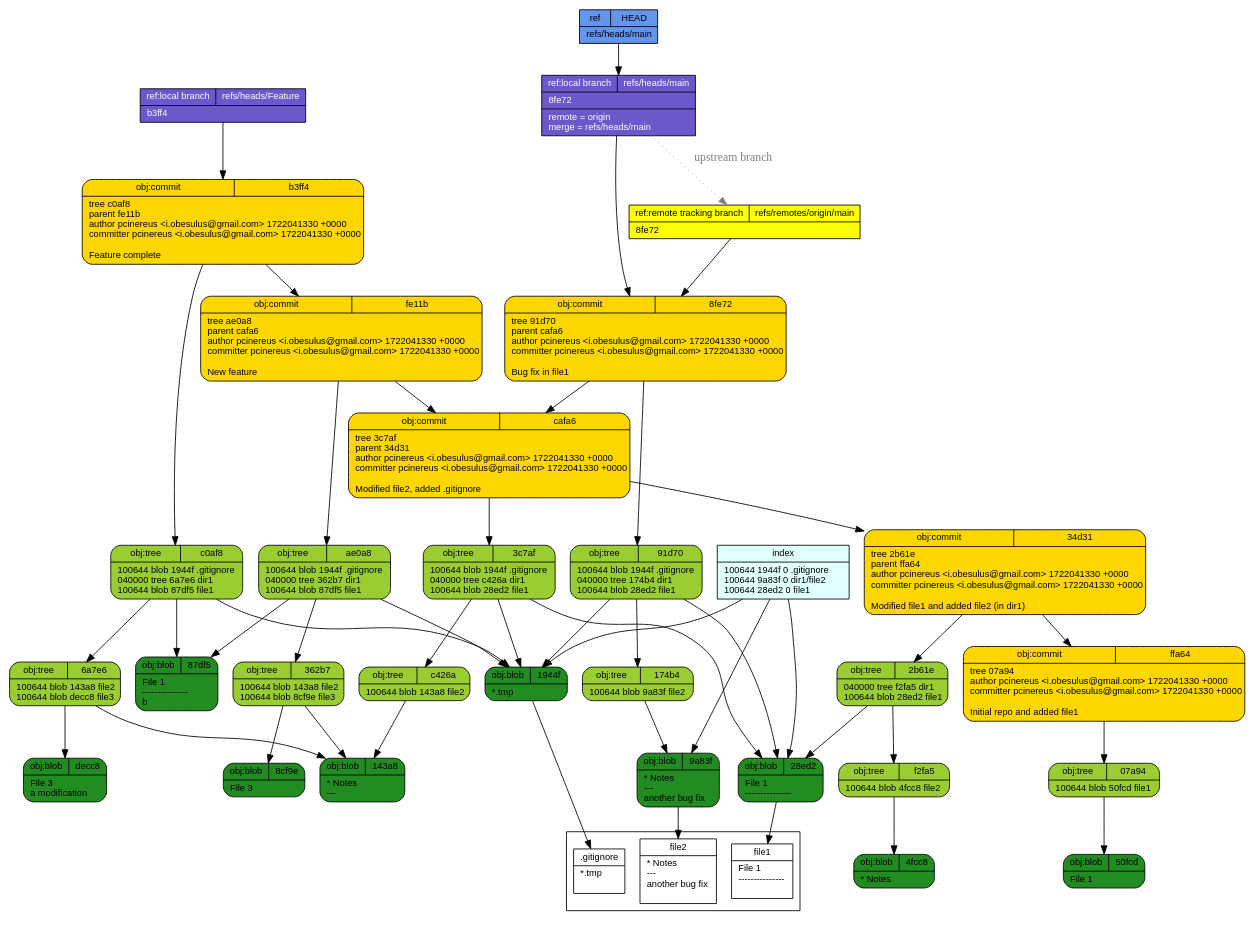
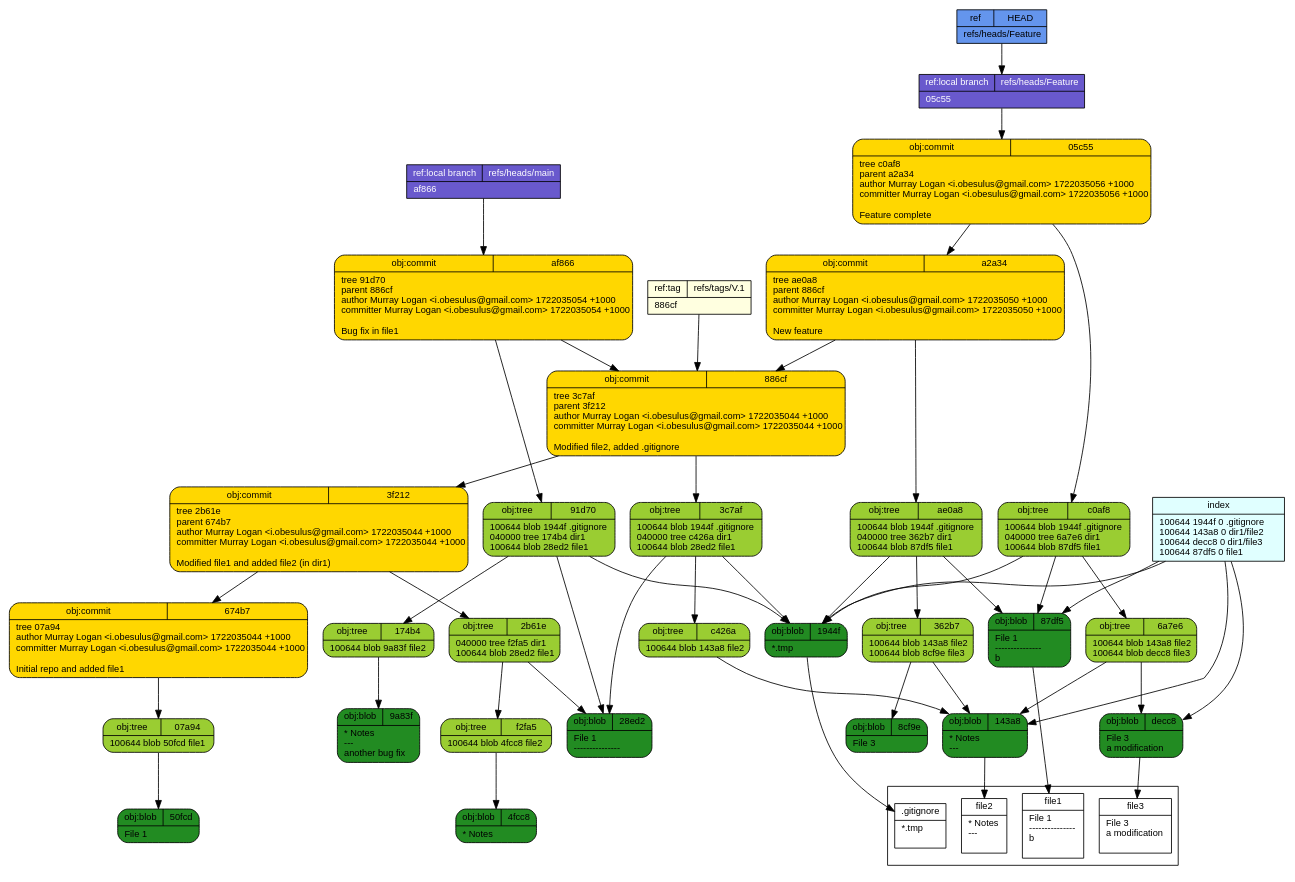
Before and after one commit to pcinereus/SUYRs_documents: the diagram in tut/git-draw.dot, drawn with Graphviz. The commit also changed 3958 other files, not shown here.

```diff
--- a/tut/git-draw.dot
+++ b/tut/git-draw.dot
@@ -1,57 +1,59 @@
 digraph structs {
   node [shape=record,fontsize=11,fontname="arial"];
   rankdir="TB";
-  _decc8 [fillcolor="forestgreen", style="filled,rounded", label="{{obj:blob|decc8}|File\ 3\l\ a\ modification\l}"]  _91d70 [fillcolor="yellowgreen", style="filled,rounded", label="{{obj:tree|91d70}|100644\ blob\ 1944f\	\.gitignore\l040000\ tree\ 174b4\	dir1\l100644\ blob\ 28ed2\	file1\l}"]  _91d70 -> _1944f
-  _91d70 -> _174b4
-  _91d70 -> _28ed2
-  _8cf9e [fillcolor="forestgreen", style="filled,rounded", label="{{obj:blob|8cf9e}|File\ 3\l}"]  _9a83f [fillcolor="forestgreen", style="filled,rounded", label="{{obj:blob|9a83f}|\*\ Notes\l\-\-\-\l\ another\ bug\ fix\l}"]  _50fcd [fillcolor="forestgreen", style="filled,rounded", label="{{obj:blob|50fcd}|File\ 1\l}"]  _143a8 [fillcolor="forestgreen", style="filled,rounded", label="{{obj:blob|143a8}|\*\ Notes\l\-\-\-\l}"]  _ae0a8 [fillcolor="yellowgreen", style="filled,rounded", label="{{obj:tree|ae0a8}|100644\ blob\ 1944f\	\.gitignore\l040000\ tree\ 362b7\	dir1\l100644\ blob\ 87df5\	file1\l}"]  _ae0a8 -> _1944f
-  _ae0a8 -> _362b7
-  _ae0a8 -> _87df5
-  _87df5 [fillcolor="forestgreen", style="filled,rounded", label="{{obj:blob|87df5}|File\ 1\l\-\-\-\-\-\-\-\-\-\-\-\-\-\-\-\lb\l}"]  _8fe72 [fillcolor="gold", style="filled,rounded", label="{{obj:commit|8fe72}|tree\ 91d70\lparent\ cafa6\lauthor\ pcinereus\ \<i\.obesulus\@gmail\.com\>\ 1722041330\ \+0000\lcommitter\ pcinereus\ \<i\.obesulus\@gmail\.com\>\ 1722041330\ \+0000\l\lBug\ fix\ in\ file1\l}"]  _8fe72 -> _91d70
-  _8fe72 -> _cafa6
-  _1944f [fillcolor="forestgreen", style="filled,rounded", label="{{obj:blob|1944f}|\*\.tmp\l}"]  _3c7af [fillcolor="yellowgreen", style="filled,rounded", label="{{obj:tree|3c7af}|100644\ blob\ 1944f\	\.gitignore\l040000\ tree\ c426a\	dir1\l100644\ blob\ 28ed2\	file1\l}"]  _3c7af -> _1944f
+  _3c7af [fillcolor="yellowgreen", style="filled,rounded", label="{{obj:tree|3c7af}|100644\ blob\ 1944f\	\.gitignore\l040000\ tree\ c426a\	dir1\l100644\ blob\ 28ed2\	file1\l}"]  _3c7af -> _1944f
   _3c7af -> _c426a
   _3c7af -> _28ed2
   _c0af8 [fillcolor="yellowgreen", style="filled,rounded", label="{{obj:tree|c0af8}|100644\ blob\ 1944f\	\.gitignore\l040000\ tree\ 6a7e6\	dir1\l100644\ blob\ 87df5\	file1\l}"]  _c0af8 -> _1944f
   _c0af8 -> _6a7e6
   _c0af8 -> _87df5
+  _91d70 [fillcolor="yellowgreen", style="filled,rounded", label="{{obj:tree|91d70}|100644\ blob\ 1944f\	\.gitignore\l040000\ tree\ 174b4\	dir1\l100644\ blob\ 28ed2\	file1\l}"]  _91d70 -> _1944f
+  _91d70 -> _174b4
+  _91d70 -> _28ed2
+  _f2fa5 [fillcolor="yellowgreen", style="filled,rounded", label="{{obj:tree|f2fa5}|100644\ blob\ 4fcc8\	file2\l}"]  _f2fa5 -> _4fcc8
+  _174b4 [fillcolor="yellowgreen", style="filled,rounded", label="{{obj:tree|174b4}|100644\ blob\ 9a83f\	file2\l}"]  _174b4 -> _9a83f
   _07a94 [fillcolor="yellowgreen", style="filled,rounded", label="{{obj:tree|07a94}|100644\ blob\ 50fcd\	file1\l}"]  _07a94 -> _50fcd
-  _362b7 [fillcolor="yellowgreen", style="filled,rounded", label="{{obj:tree|362b7}|100644\ blob\ 143a8\	file2\l100644\ blob\ 8cf9e\	file3\l}"]  _362b7 -> _143a8
-  _362b7 -> _8cf9e
-  _cafa6 [fillcolor="gold", style="filled,rounded", label="{{obj:commit|cafa6}|tree\ 3c7af\lparent\ 34d31\lauthor\ pcinereus\ \<i\.obesulus\@gmail\.com\>\ 1722041330\ \+0000\lcommitter\ pcinereus\ \<i\.obesulus\@gmail\.com\>\ 1722041330\ \+0000\l\lModified\ file2\,\ added\ \.gitignore\l}"]  _cafa6 -> _3c7af
-  _cafa6 -> _34d31
-  _6a7e6 [fillcolor="yellowgreen", style="filled,rounded", label="{{obj:tree|6a7e6}|100644\ blob\ 143a8\	file2\l100644\ blob\ decc8\	file3\l}"]  _6a7e6 -> _143a8
-  _6a7e6 -> _decc8
-  _fe11b [fillcolor="gold", style="filled,rounded", label="{{obj:commit|fe11b}|tree\ ae0a8\lparent\ cafa6\lauthor\ pcinereus\ \<i\.obesulus\@gmail\.com\>\ 1722041330\ \+0000\lcommitter\ pcinereus\ \<i\.obesulus\@gmail\.com\>\ 1722041330\ \+0000\l\lNew\ feature\l}"]  _fe11b -> _ae0a8
-  _fe11b -> _cafa6
-  _ffa64 [fillcolor="gold", style="filled,rounded", label="{{obj:commit|ffa64}|tree\ 07a94\lauthor\ pcinereus\ \<i\.obesulus\@gmail\.com\>\ 1722041330\ \+0000\lcommitter\ pcinereus\ \<i\.obesulus\@gmail\.com\>\ 1722041330\ \+0000\l\lInitial\ repo\ and\ added\ file1\l}"]  _ffa64 -> _07a94
-  _4fcc8 [fillcolor="forestgreen", style="filled,rounded", label="{{obj:blob|4fcc8}|\*\ Notes\l}"]  _f2fa5 [fillcolor="yellowgreen", style="filled,rounded", label="{{obj:tree|f2fa5}|100644\ blob\ 4fcc8\	file2\l}"]  _f2fa5 -> _4fcc8
-  _28ed2 [fillcolor="forestgreen", style="filled,rounded", label="{{obj:blob|28ed2}|File\ 1\l\-\-\-\-\-\-\-\-\-\-\-\-\-\-\-\l}"]  _b3ff4 [fillcolor="gold", style="filled,rounded", label="{{obj:commit|b3ff4}|tree\ c0af8\lparent\ fe11b\lauthor\ pcinereus\ \<i\.obesulus\@gmail\.com\>\ 1722041330\ \+0000\lcommitter\ pcinereus\ \<i\.obesulus\@gmail\.com\>\ 1722041330\ \+0000\l\lFeature\ complete\l}"]  _b3ff4 -> _c0af8
-  _b3ff4 -> _fe11b
-  _34d31 [fillcolor="gold", style="filled,rounded", label="{{obj:commit|34d31}|tree\ 2b61e\lparent\ ffa64\lauthor\ pcinereus\ \<i\.obesulus\@gmail\.com\>\ 1722041330\ \+0000\lcommitter\ pcinereus\ \<i\.obesulus\@gmail\.com\>\ 1722041330\ \+0000\l\lModified\ file1\ and\ added\ file2\ \(in\ dir1\)\l}"]  _34d31 -> _2b61e
-  _34d31 -> _ffa64
+  _af866 [fillcolor="gold", style="filled,rounded", label="{{obj:commit|af866}|tree\ 91d70\lparent\ 886cf\lauthor\ Murray\ Logan\ \<i\.obesulus\@gmail\.com\>\ 1722035054\ \+1000\lcommitter\ Murray\ Logan\ \<i\.obesulus\@gmail\.com\>\ 1722035054\ \+1000\l\lBug\ fix\ in\ file1\l}"]  _af866 -> _91d70
+  _af866 -> _886cf
+  _50fcd [fillcolor="forestgreen", style="filled,rounded", label="{{obj:blob|50fcd}|File\ 1\l}"]  _8cf9e [fillcolor="forestgreen", style="filled,rounded", label="{{obj:blob|8cf9e}|File\ 3\l}"]  _143a8 [fillcolor="forestgreen", style="filled,rounded", label="{{obj:blob|143a8}|\*\ Notes\l\-\-\-\l}"]  _28ed2 [fillcolor="forestgreen", style="filled,rounded", label="{{obj:blob|28ed2}|File\ 1\l\-\-\-\-\-\-\-\-\-\-\-\-\-\-\-\l}"]  _a2a34 [fillcolor="gold", style="filled,rounded", label="{{obj:commit|a2a34}|tree\ ae0a8\lparent\ 886cf\lauthor\ Murray\ Logan\ \<i\.obesulus\@gmail\.com\>\ 1722035050\ \+1000\lcommitter\ Murray\ Logan\ \<i\.obesulus\@gmail\.com\>\ 1722035050\ \+1000\l\lNew\ feature\l}"]  _a2a34 -> _ae0a8
+  _a2a34 -> _886cf
+  _886cf [fillcolor="gold", style="filled,rounded", label="{{obj:commit|886cf}|tree\ 3c7af\lparent\ 3f212\lauthor\ Murray\ Logan\ \<i\.obesulus\@gmail\.com\>\ 1722035044\ \+1000\lcommitter\ Murray\ Logan\ \<i\.obesulus\@gmail\.com\>\ 1722035044\ \+1000\l\lModified\ file2\,\ added\ \.gitignore\l}"]  _886cf -> _3c7af
+  _886cf -> _3f212
+  _3f212 [fillcolor="gold", style="filled,rounded", label="{{obj:commit|3f212}|tree\ 2b61e\lparent\ 674b7\lauthor\ Murray\ Logan\ \<i\.obesulus\@gmail\.com\>\ 1722035044\ \+1000\lcommitter\ Murray\ Logan\ \<i\.obesulus\@gmail\.com\>\ 1722035044\ \+1000\l\lModified\ file1\ and\ added\ file2\ \(in\ dir1\)\l}"]  _3f212 -> _2b61e
+  _3f212 -> _674b7
+  _674b7 [fillcolor="gold", style="filled,rounded", label="{{obj:commit|674b7}|tree\ 07a94\lauthor\ Murray\ Logan\ \<i\.obesulus\@gmail\.com\>\ 1722035044\ \+1000\lcommitter\ Murray\ Logan\ \<i\.obesulus\@gmail\.com\>\ 1722035044\ \+1000\l\lInitial\ repo\ and\ added\ file1\l}"]  _674b7 -> _07a94
   _2b61e [fillcolor="yellowgreen", style="filled,rounded", label="{{obj:tree|2b61e}|040000\ tree\ f2fa5\	dir1\l100644\ blob\ 28ed2\	file1\l}"]  _2b61e -> _f2fa5
   _2b61e -> _28ed2
-  _174b4 [fillcolor="yellowgreen", style="filled,rounded", label="{{obj:tree|174b4}|100644\ blob\ 9a83f\	file2\l}"]  _174b4 -> _9a83f
+  _4fcc8 [fillcolor="forestgreen", style="filled,rounded", label="{{obj:blob|4fcc8}|\*\ Notes\l}"]  _ae0a8 [fillcolor="yellowgreen", style="filled,rounded", label="{{obj:tree|ae0a8}|100644\ blob\ 1944f\	\.gitignore\l040000\ tree\ 362b7\	dir1\l100644\ blob\ 87df5\	file1\l}"]  _ae0a8 -> _1944f
+  _ae0a8 -> _362b7
+  _ae0a8 -> _87df5
+  _05c55 [fillcolor="gold", style="filled,rounded", label="{{obj:commit|05c55}|tree\ c0af8\lparent\ a2a34\lauthor\ Murray\ Logan\ \<i\.obesulus\@gmail\.com\>\ 1722035056\ \+1000\lcommitter\ Murray\ Logan\ \<i\.obesulus\@gmail\.com\>\ 1722035056\ \+1000\l\lFeature\ complete\l}"]  _05c55 -> _c0af8
+  _05c55 -> _a2a34
+  _9a83f [fillcolor="forestgreen", style="filled,rounded", label="{{obj:blob|9a83f}|\*\ Notes\l\-\-\-\l\ another\ bug\ fix\l}"]  _6a7e6 [fillcolor="yellowgreen", style="filled,rounded", label="{{obj:tree|6a7e6}|100644\ blob\ 143a8\	file2\l100644\ blob\ decc8\	file3\l}"]  _6a7e6 -> _143a8
+  _6a7e6 -> _decc8
   _c426a [fillcolor="yellowgreen", style="filled,rounded", label="{{obj:tree|c426a}|100644\ blob\ 143a8\	file2\l}"]  _c426a -> _143a8
-  _refs___heads___Feature [style=filled, fillcolor=slateblue3, fontcolor = white,  label="{{ref:local branch|refs\/heads\/Feature}|b3ff4\l}"]
-  _refs___heads___Feature -> _b3ff4
-  _refs___heads___main -> _refs___remotes___origin___main [style=dotted, color=gray, fontcolor=gray, label="upstream branch"]
-  _refs___heads___main [style=filled, fillcolor=slateblue3, fontcolor = white,  label="{{ref:local branch|refs\/heads\/main}|8fe72\l|remote\ \=\ origin\lmerge\ \=\ refs\/heads\/main\l}"]
-  _refs___heads___main -> _8fe72
-  _refs___remotes___origin___main [style=filled, fillcolor=yellow, fontcolor = black,  label="{{ref:remote tracking branch|refs\/remotes\/origin\/main}|8fe72\l}"]
-  _refs___remotes___origin___main -> _8fe72
-  _HEAD [style=filled, fillcolor=cornflowerblue, fontcolor=black,  label="{{ref|HEAD}|refs\/heads\/main\l}"]
-  _HEAD -> _refs___heads___main
+  _1944f [fillcolor="forestgreen", style="filled,rounded", label="{{obj:blob|1944f}|\*\.tmp\l}"]  _362b7 [fillcolor="yellowgreen", style="filled,rounded", label="{{obj:tree|362b7}|100644\ blob\ 143a8\	file2\l100644\ blob\ 8cf9e\	file3\l}"]  _362b7 -> _143a8
+  _362b7 -> _8cf9e
+  _decc8 [fillcolor="forestgreen", style="filled,rounded", label="{{obj:blob|decc8}|File\ 3\l\ a\ modification\l}"]  _87df5 [fillcolor="forestgreen", style="filled,rounded", label="{{obj:blob|87df5}|File\ 1\l\-\-\-\-\-\-\-\-\-\-\-\-\-\-\-\lb\l}"]  _refs___heads___Feature [style=filled, fillcolor=slateblue3, fontcolor = white,  label="{{ref:local branch|refs\/heads\/Feature}|05c55\l}"]
+  _refs___heads___Feature -> _05c55
+  _refs___heads___main [style=filled, fillcolor=slateblue3, fontcolor = white,  label="{{ref:local branch|refs\/heads\/main}|af866\l}"]
+  _refs___heads___main -> _af866
+  _refs___tags___V___1 [style=filled, fillcolor=lightyellow, fontcolor = black,  label="{{ref:tag|refs\/tags\/V\.1}|886cf\l}"]
+  _refs___tags___V___1 -> _886cf
+  _HEAD [style=filled, fillcolor=cornflowerblue, fontcolor=black,  label="{{ref|HEAD}|refs\/heads\/Feature\l}"]
+  _HEAD -> _refs___heads___Feature
   index -> _1944f
-  index -> _9a83f
-  index -> _28ed2
-  index [style=filled, fillcolor=lightcyan, label="{{index}|100644\ 1944f\ 0\	\.gitignore\l100644\ 9a83f\ 0\	dir1\/file2\l100644\ 28ed2\ 0\	file1\l}"]
+  index -> _143a8
+  index -> _decc8
+  index -> _87df5
+  index [style=filled, fillcolor=lightcyan, label="{{index}|100644\ 1944f\ 0\	\.gitignore\l100644\ 143a8\ 0\	dir1\/file2\l100644\ decc8\ 0\	dir1\/file3\l100644\ 87df5\ 0\	file1\l}"]
 subgraph cluster_1 {rank=sink  _gitignore [fillcolor="white", label="{{.gitignore}|*.tmp\l\l}"] 
-  _file2 [fillcolor="white", label="{{file2}|* Notes\l---\l another bug fix\l\l}"] 
-  _file1 [fillcolor="white", label="{{file1}|File 1\l---------------\l\l}"] 
+  _file2 [fillcolor="white", label="{{file2}|* Notes\l---\l\l}"] 
+  _file3 [fillcolor="white", label="{{file3}|File 3\l a modification\l\l}"] 
+  _file1 [fillcolor="white", label="{{file1}|File 1\l---------------\lb\l\l}"] 
 }
  _1944f -> _gitignore
- _9a83f -> _file2
- _28ed2 -> _file1
+ _143a8 -> _file2
+ _decc8 -> _file3
+ _87df5 -> _file1
 }
```
